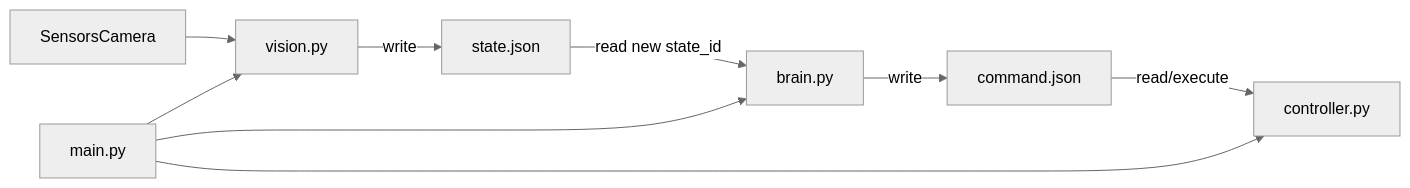
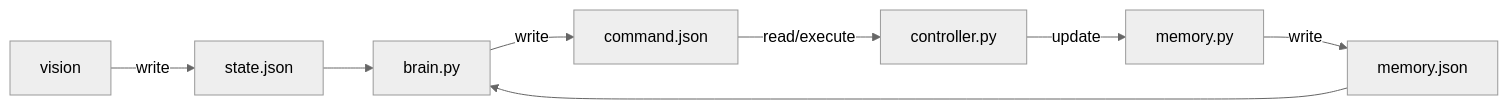
One commit to Orlinskas/RasberryPi_Projects changed the diagram in robot_prome_v1/README.md. Above: the diagram before and after it, drawn with Mermaid (neutral theme). The commit also changed other lines of this file, not shown here.

````diff
--- a/robot_prome_v1/README.md
+++ b/robot_prome_v1/README.md
@@ -22,11 +24,10 @@
 ```mermaid
 flowchart LR
-    sensors["SensorsCamera"] --> vision["vision.py"]
-    vision -->|"write"| state["state.json"]
-    state -->|"read new state_id"| brain["brain.py"]
-    brain -->|"write"| command["command.json"]
-    command -->|"read/execute"| controller["controller.py"]
-    main["main.py"] --> vision
-    main --> brain
-    main --> controller
+    vision -->|"write"| stateJSON["state.json"]
+    stateJSON --> brain["brain.py"]
+    brain -->|"write"| commandJSON["command.json"]
+    commandJSON -->|"read/execute"| controller["controller.py"]
+    controller -->|"update"| memory["memory.py"]
+    memory -->|"write"| memoryJSON["memory.json"]
+    memoryJSON --> brain["brain.py"]
 ```
````
